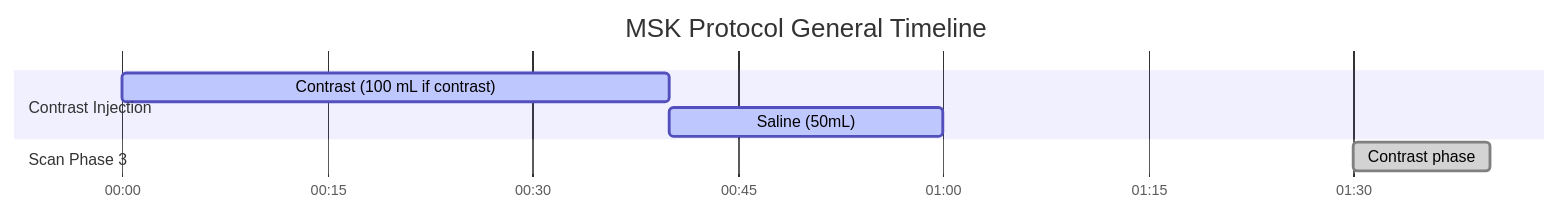
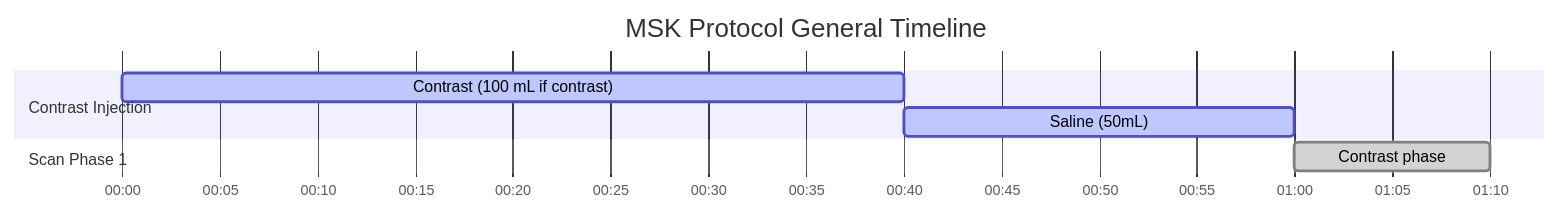
Before and after one commit to dfergs93/radiology-protocols: the diagram in docs/ct/msk/msk-protocol-general.md, drawn with Mermaid. The commit also changed 79 other files, not shown here.

````diff
--- a/docs/ct/msk/msk-protocol-general.md
+++ b/docs/ct/msk/msk-protocol-general.md
@@ -84,16 +84,16 @@
   ```mermaid
   ---
   config:
     theme: default
   ---
     gantt
       title MSK Protocol General Timeline
       dateFormat mm:ss
       axisFormat %M:%S 
       
       section Contrast Injection
       Contrast (100 mL if contrast)    :active, contrast, 00:00, 40s
       Saline (50mL)          :active, saline, after contrast, 20s
-      section Scan Phase 3
-      Contrast phase    :done, scan3, 01:30, 10s
+      section Scan Phase 1
+      Contrast phase    :done, scan1, 01:00, 10s
   ```
````
